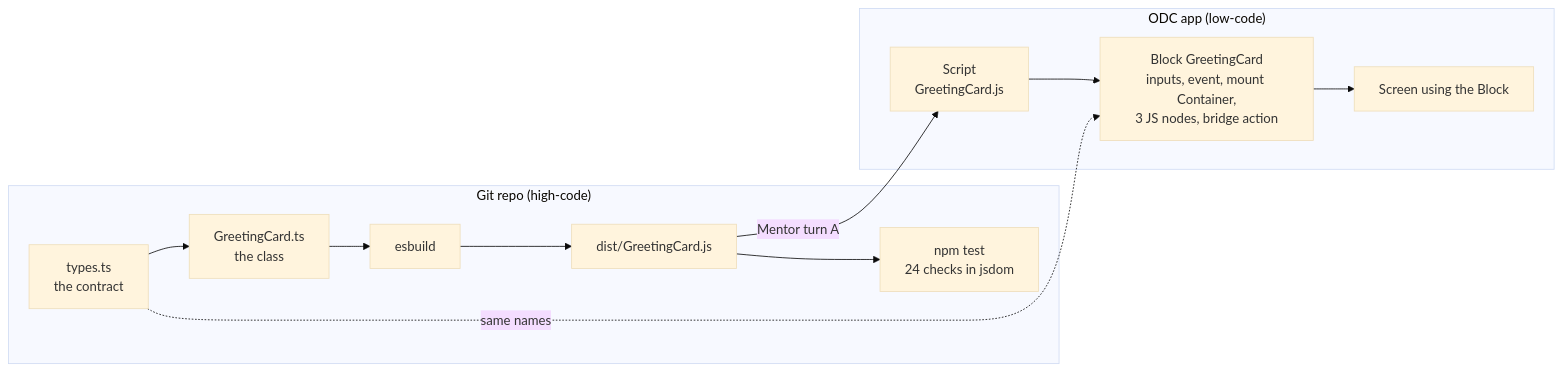
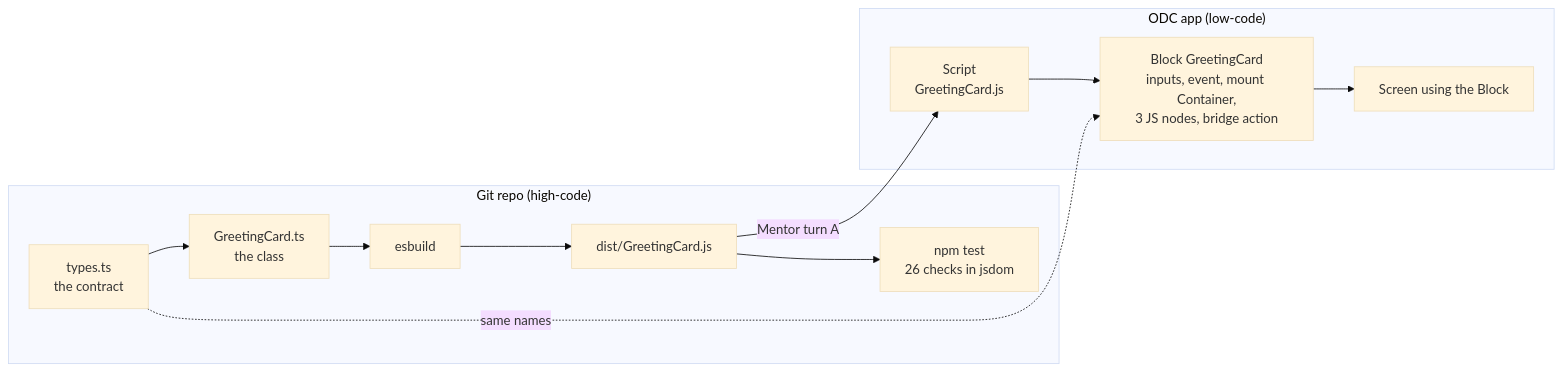
One commit to CEscorcio/AIOutsystemsFED changed the diagram in Components_ODC.md. Above: the diagram before and after it, drawn with Mermaid (base theme). The commit also changed other lines of this file and 6 other files, not shown here.

````diff
--- a/Components_ODC.md
+++ b/Components_ODC.md
@@ -17,16 +17,16 @@
 ```mermaid
 flowchart LR
   subgraph Git["Git repo (high-code)"]
     T[types.ts<br/>the contract] --> C[GreetingCard.ts<br/>the class]
     C --> B[esbuild] --> D[dist/GreetingCard.js]
-    D --> X[npm test<br/>24 checks in jsdom]
+    D --> X[npm test<br/>26 checks in jsdom]
   end
   subgraph ODC["ODC app (low-code)"]
     S[Script<br/>GreetingCard.js]
     K[Block GreetingCard<br/>inputs, event, mount Container,<br/>3 JS nodes, bridge action]
     H[Screen using the Block]
     S --> K --> H
   end
   D -- "Mentor turn A" --> S
   T -. "same names" .-> K
 ```
````
